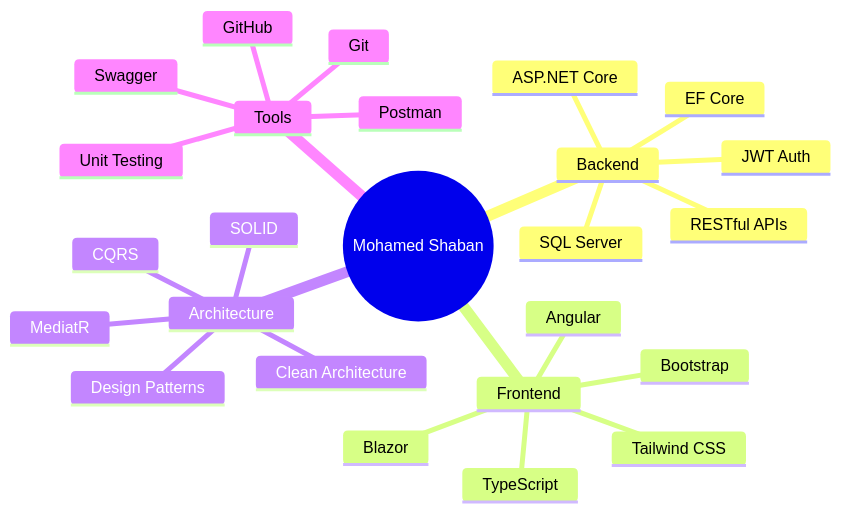
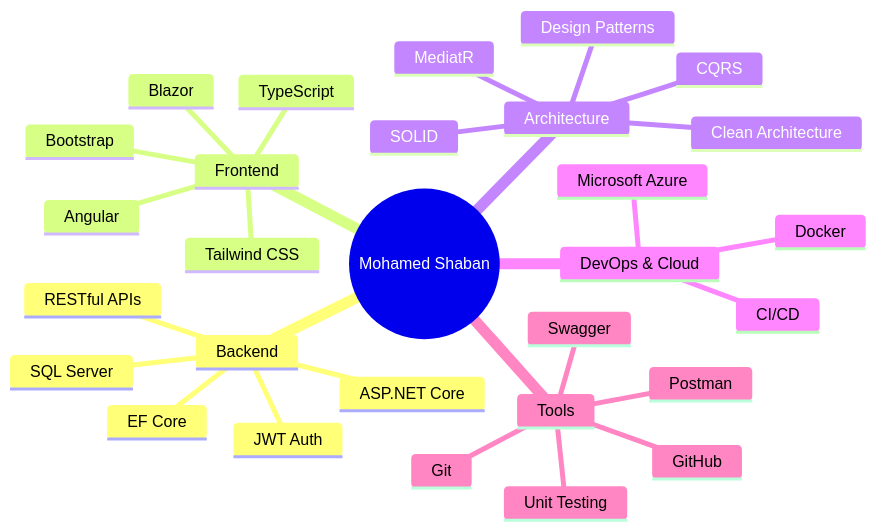
The diagram in README.md (mohammedshaban99/mohammedshaban99), drawn with Mermaid before and after one commit. The commit also changed other lines of this file, not shown here.

First line of the commit message:
Improve README formatting and add DevOps section

````diff
--- a/README.md
+++ b/README.md
@@ -225,28 +239,32 @@
 ```mermaid
 mindmap
   root((Mohamed Shaban))
     Backend
       ASP.NET Core
       RESTful APIs
       EF Core
       SQL Server
       JWT Auth
     Frontend
       Angular
       Blazor
       TypeScript
       Tailwind CSS
       Bootstrap
     Architecture
       Clean Architecture
       CQRS
       MediatR
       SOLID
       Design Patterns
+    DevOps & Cloud
+      Docker
+      CI/CD
+      Microsoft Azure
     Tools
       Git
       GitHub
       Postman
       Swagger
       Unit Testing
 ```
````
